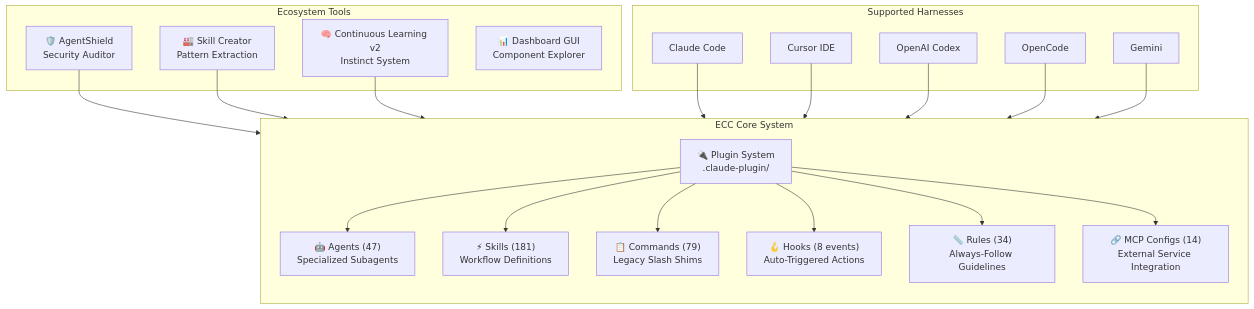
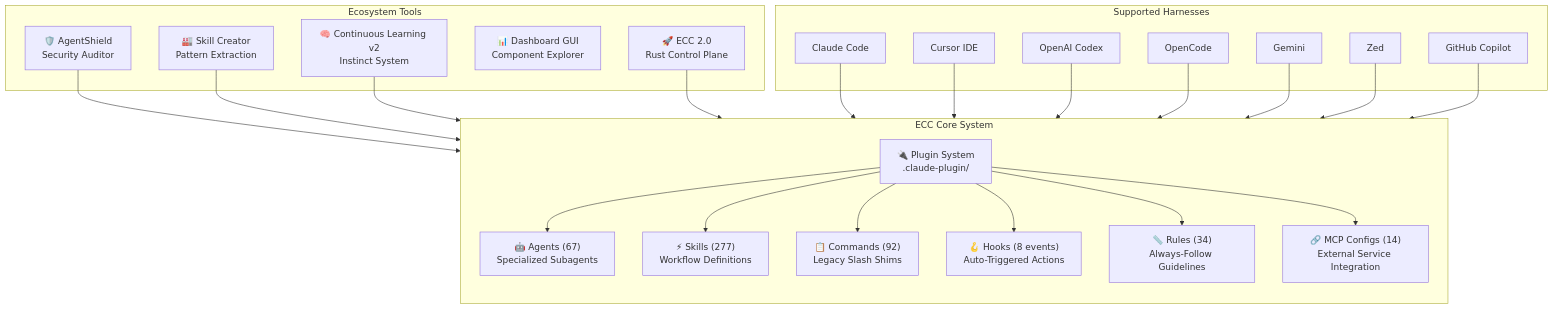
The first of 21 diagrams in content/posts/教學/AI開發/Everything Claude Code 教學手冊.md (chihhung/Blog), drawn with Mermaid before and after one commit. The commit also changed other lines of this file and 22 other files, not shown here.

````diff
--- a/content/posts/教學/AI開發/Everything Claude Code 教學手冊.md
+++ b/content/posts/教學/AI開發/Everything Claude Code 教學手冊.md
@@ -165,45 +170,51 @@
 ```mermaid
 graph TB
     subgraph "ECC Core System"
         direction TB
         Plugin["🔌 Plugin System<br/>.claude-plugin/"]
-        Agents["🤖 Agents (47)<br/>Specialized Subagents"]
-        Skills["⚡ Skills (181)<br/>Workflow Definitions"]
-        Commands["📋 Commands (79)<br/>Legacy Slash Shims"]
+        Agents["🤖 Agents (67)<br/>Specialized Subagents"]
+        Skills["⚡ Skills (277)<br/>Workflow Definitions"]
+        Commands["📋 Commands (92)<br/>Legacy Slash Shims"]
         Hooks["🪝 Hooks (8 events)<br/>Auto-Triggered Actions"]
         Rules["📏 Rules (34)<br/>Always-Follow Guidelines"]
         MCP["🔗 MCP Configs (14)<br/>External Service Integration"]
     end
 
     subgraph "Ecosystem Tools"
         AgentShield["🛡️ AgentShield<br/>Security Auditor"]
         SkillCreator["🏭 Skill Creator<br/>Pattern Extraction"]
         ContinuousLearning["🧠 Continuous Learning v2<br/>Instinct System"]
         Dashboard["📊 Dashboard GUI<br/>Component Explorer"]
+        ECC2["🚀 ECC 2.0<br/>Rust Control Plane"]
     end
 
     subgraph "Supported Harnesses"
         ClaudeCode["Claude Code"]
         Cursor["Cursor IDE"]
         Codex["OpenAI Codex"]
         OpenCode["OpenCode"]
         Gemini["Gemini"]
+        Zed["Zed"]
+        Copilot["GitHub Copilot"]
     end
 
     Plugin --> Agents
     Plugin --> Skills
     Plugin --> Commands
     Plugin --> Hooks
     Plugin --> Rules
     Plugin --> MCP
 
     AgentShield --> Plugin
     SkillCreator --> Skills
     ContinuousLearning --> Skills
+    ECC2 --> Plugin
 
     ClaudeCode --> Plugin
     Cursor --> Plugin
     Codex --> Plugin
     OpenCode --> Plugin
     Gemini --> Plugin
+    Zed --> Plugin
+    Copilot --> Plugin
 ```
````
